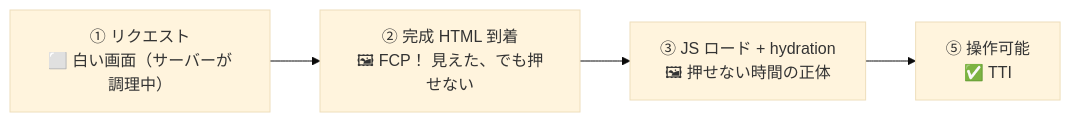
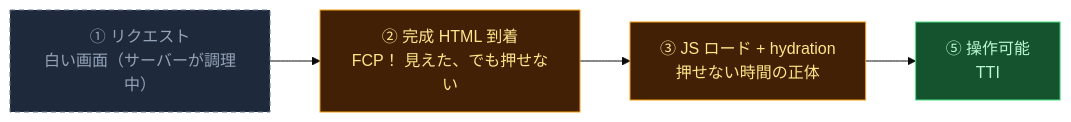
One commit to O6lvl4/O6lvl4-knowledge changed the third of 5 diagrams in vault/rendering-phases.md. Above: the diagram before and after it, drawn with Mermaid (base theme). The commit also changed other lines of this file, not shown here.

Commit message:
フェーズ全体図の絵文字を状態別の色分けに変更

````diff
--- a/vault/rendering-phases.md
+++ b/vault/rendering-phases.md
@@ -41,6 +56,12 @@
 ```mermaid
 graph LR
-    A["① リクエスト<br/>⬜ 白い画面（サーバーが調理中）"] --> B["② 完成 HTML 到着<br/>🖼 FCP！ 見えた、でも押せない"]
-    B --> C["③ JS ロード + hydration<br/>🖼 押せない時間の正体"]
-    C --> D["⑤ 操作可能<br/>✅ TTI"]
+    A["① リクエスト<br/>白い画面（サーバーが調理中）"] --> B["② 完成 HTML 到着<br/>FCP！ 見えた、でも押せない"]
+    B --> C["③ JS ロード + hydration<br/>押せない時間の正体"]
+    C --> D["⑤ 操作可能<br/>TTI"]
+    classDef blank fill:#1E293B,stroke:#64748B,stroke-dasharray: 5 4,color:#94A3B8
+    classDef visible fill:#422006,stroke:#F59E0B,color:#FDE68A
+    classDef ready fill:#14532D,stroke:#4ADE80,color:#BBF7D0
+    class A blank
+    class B,C visible
+    class D ready
 ```
````
